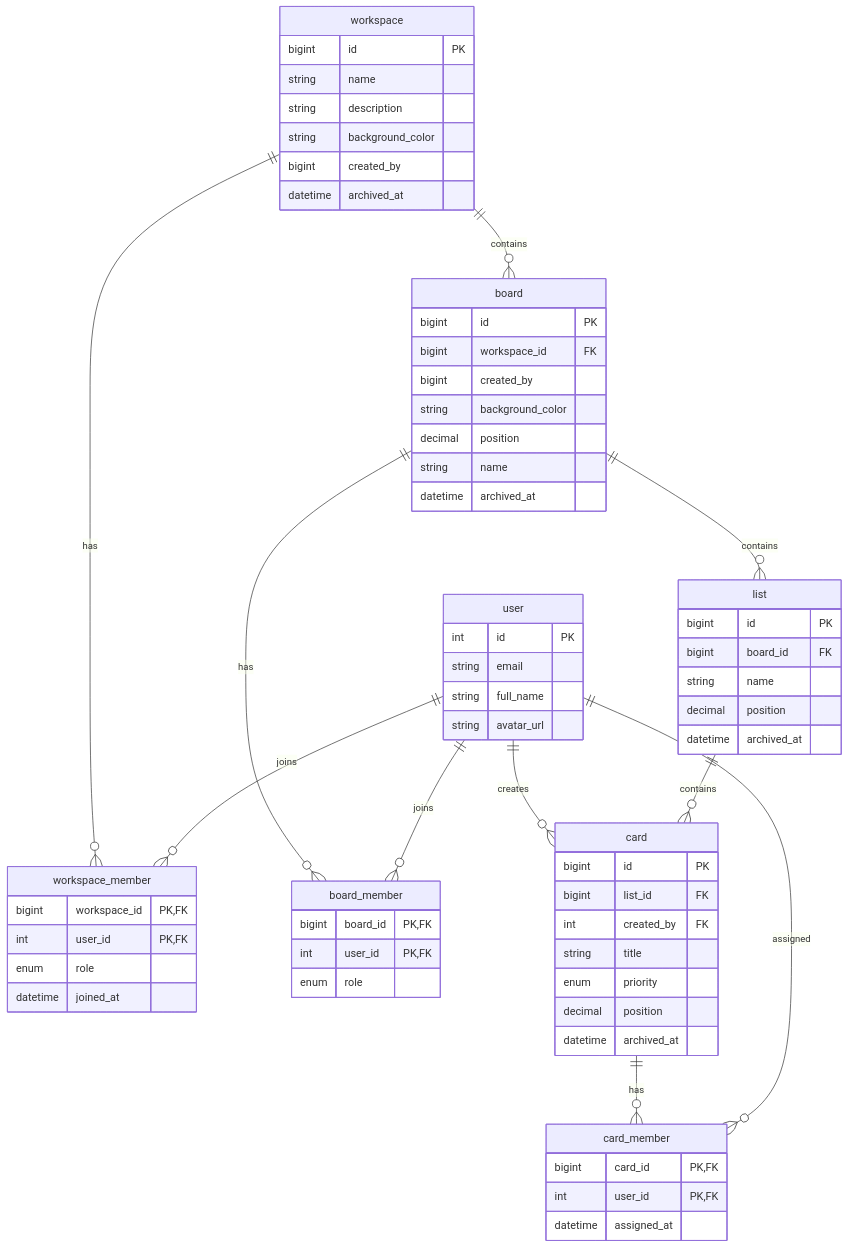
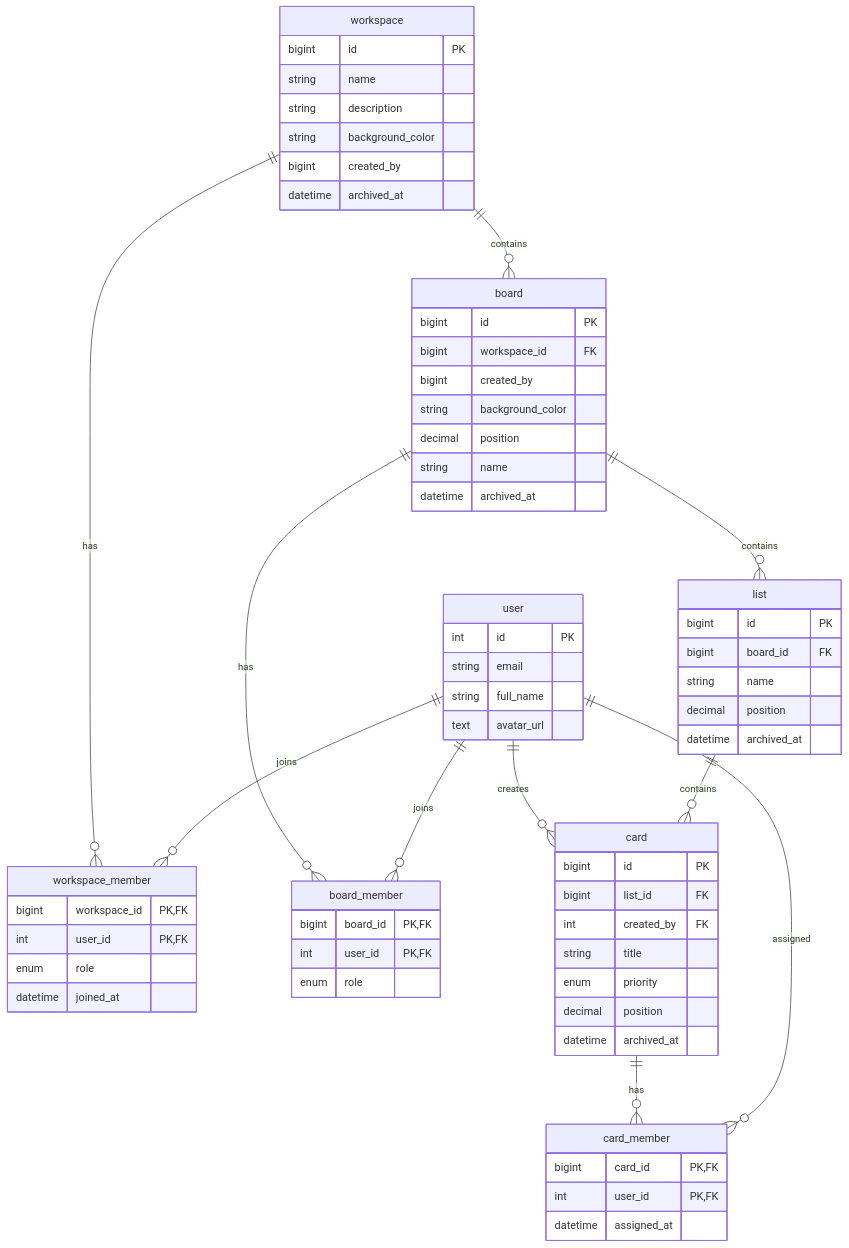
Before and after one commit to Thoai1503/TrelloClone: the diagram in docs/architecture/data-model.md, drawn with Mermaid. The commit also changed 17 other files, not shown here.

````diff
--- a/docs/architecture/data-model.md
+++ b/docs/architecture/data-model.md
@@ -5,69 +5,69 @@
 ```mermaid
 erDiagram
     user ||--o{ workspace_member : joins
     workspace ||--o{ workspace_member : has
     workspace ||--o{ board : contains
     user ||--o{ board_member : joins
     board ||--o{ board_member : has
     board ||--o{ list : contains
     list ||--o{ card : contains
     user ||--o{ card : creates
     user ||--o{ card_member : assigned
     card ||--o{ card_member : has
 
     user {
         int id PK
         string email
         string full_name
-        string avatar_url
+        text avatar_url
     }
     workspace {
         bigint id PK
         string name
         string description
         string background_color
         bigint created_by
         datetime archived_at
     }
     workspace_member {
         bigint workspace_id PK, FK
         int user_id PK, FK
         enum role
         datetime joined_at
     }
     board {
         bigint id PK
         bigint workspace_id FK
         bigint created_by
         string background_color
         decimal position
         string name
         datetime archived_at
     }
     board_member {
         bigint board_id PK, FK
         int user_id PK, FK
         enum role
     }
     list {
         bigint id PK
         bigint board_id FK
         string name
         decimal position
         datetime archived_at
     }
     card {
         bigint id PK
         bigint list_id FK
         int created_by FK
         string title
         enum priority
         decimal position
         datetime archived_at
     }
     card_member {
         bigint card_id PK, FK
         int user_id PK, FK
         datetime assigned_at
     }
 ```
````
